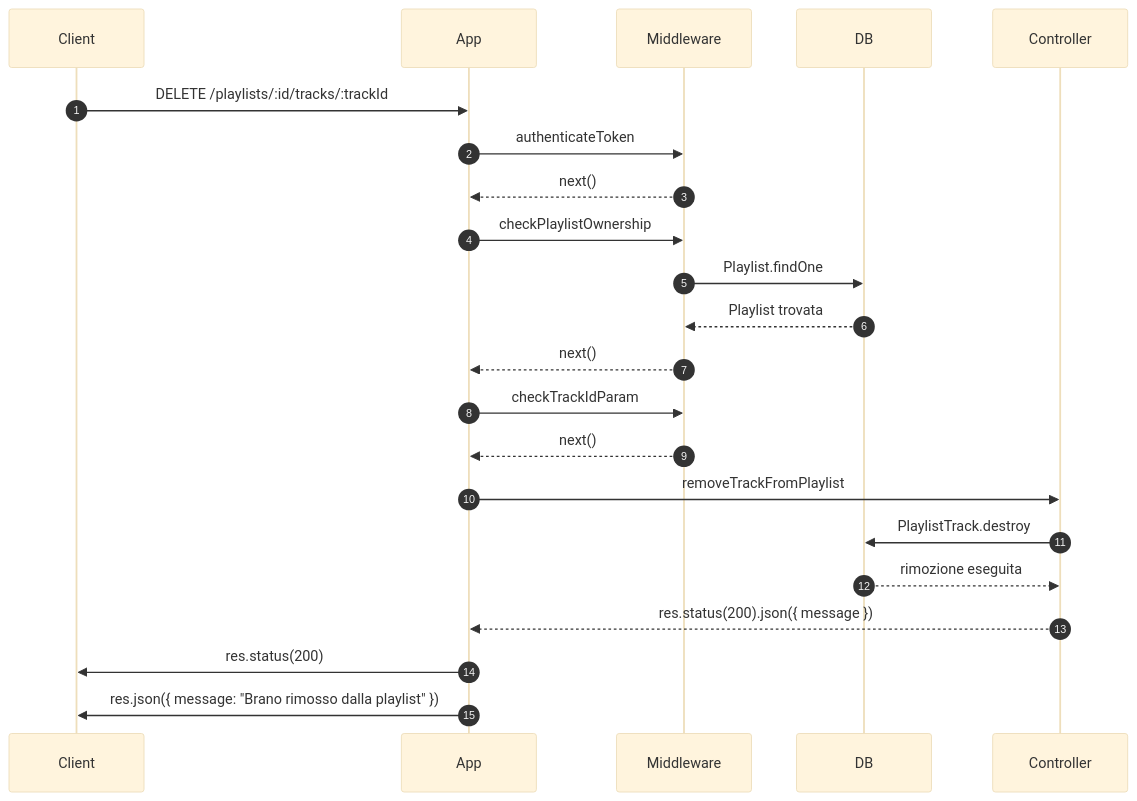
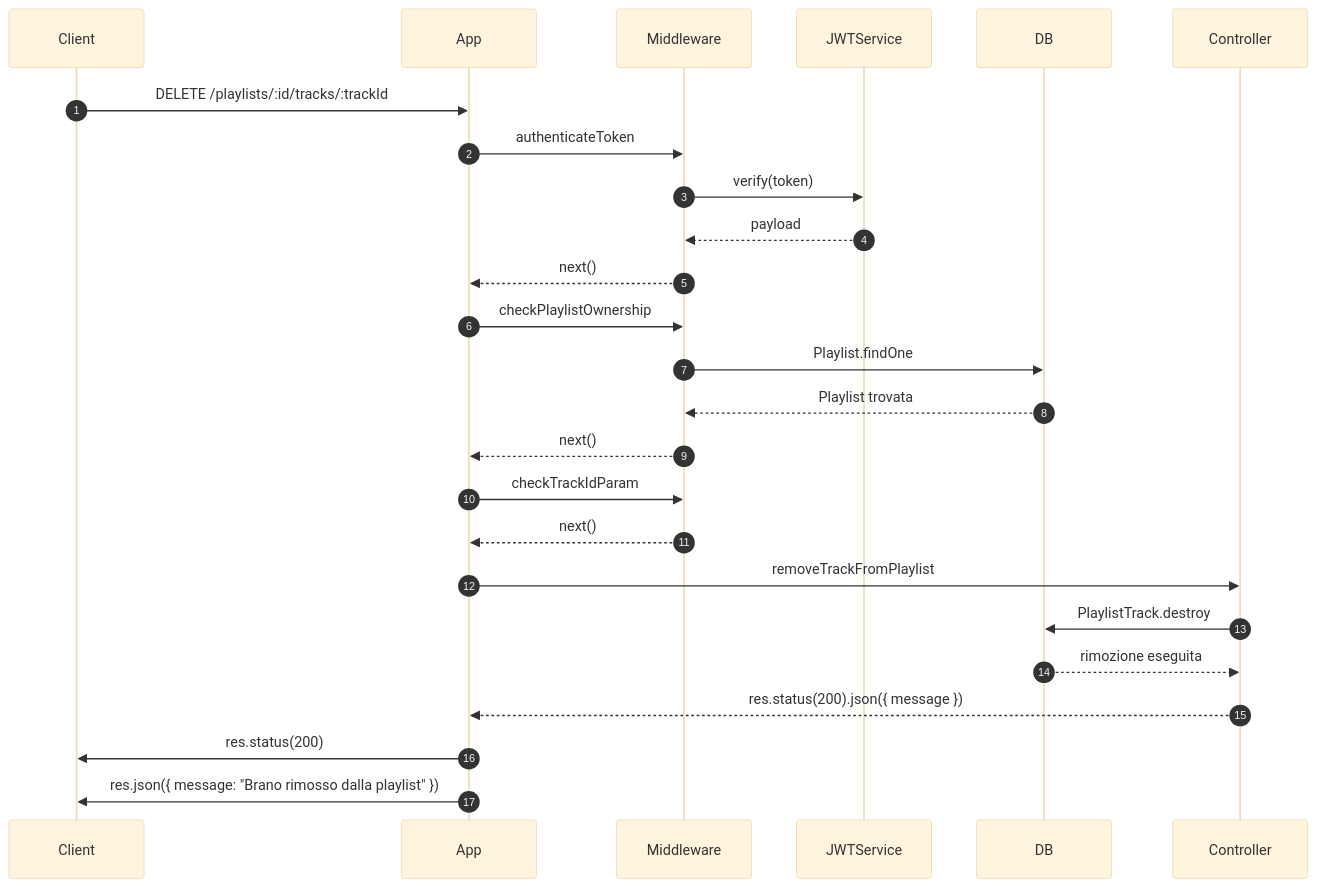
One commit to Daniel-Diocis/VoidTracksWeb changed diagram 19 of 28 in README.md. Above: the diagram before and after it, drawn with Mermaid (base theme). The commit also changed other lines of this file, not shown here.

````diff
--- a/README.md
+++ b/README.md
@@ -1786,30 +2025,33 @@
 ```mermaid
 sequenceDiagram
   autonumber
   participant Client
   participant App
   participant Middleware
+  participant JWTService
   participant DB
   participant Controller
 
   Client->>App: DELETE /playlists/:id/tracks/:trackId
 
   App->>Middleware: authenticateToken
+  Middleware->>JWTService: verify(token)
+  JWTService-->>Middleware: payload
   Middleware-->>App: next()
 
   App->>Middleware: checkPlaylistOwnership
   Middleware->>DB: Playlist.findOne
   DB-->>Middleware: Playlist trovata
   Middleware-->>App: next()
 
   App->>Middleware: checkTrackIdParam
   Middleware-->>App: next()
 
   App->>Controller: removeTrackFromPlaylist
   Controller->>DB: PlaylistTrack.destroy
   DB-->>Controller: rimozione eseguita
   Controller-->>App: res.status(200).json({ message })
 
   App->>Client: res.status(200)
   App->>Client: res.json({ message: "Brano rimosso dalla playlist" })
 ```
````
